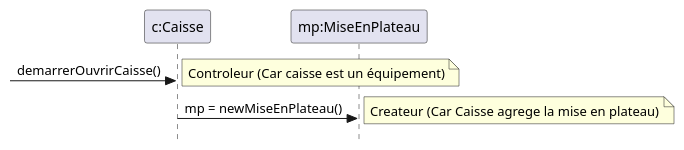
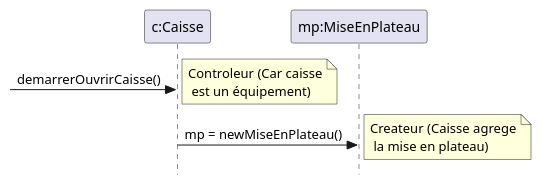
One commit to Sh4ytan/tp4 changed the first of 5 diagrams in rdcu.puml. Above: the diagram before and after it, drawn with PlantUML. The commit also changed other lines of this file, not shown here.

```diff
--- a/rdcu.puml
+++ b/rdcu.puml
@@ -2,13 +2,13 @@
 @startuml RDCU-demarrerOuvrirCaisse
 skinparam style strictuml
 Participant "c:Caisse" as C
 Participant "mp:MiseEnPlateau" as MP
 
 
  -> C: demarrerOuvrirCaisse() 
- note right : Controleur (Car caisse est un équipement)
+ note right : Controleur (Car caisse\n est un équipement)
 
  C -> MP: mp = newMiseEnPlateau()
-  note right : Createur (Car Caisse agrege la mise en plateau)
+  note right : Createur (Caisse agrege\n la mise en plateau)
  
 @enduml
```
